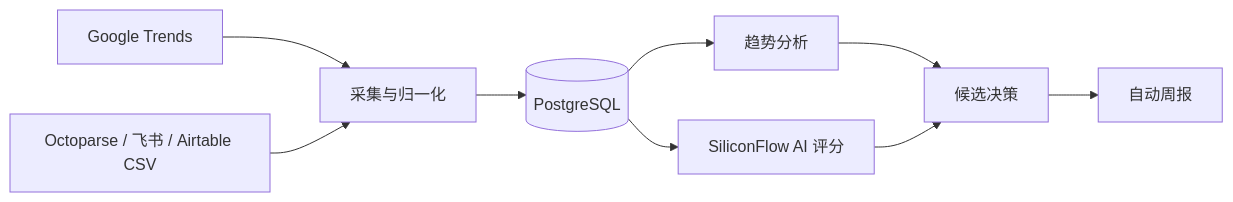
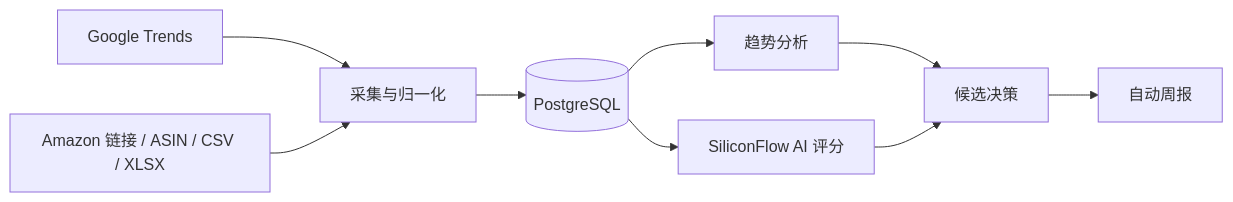
One commit to cyyshtyl-collab/trendpilot-amazon-product-intelligence changed the diagram in README.md. Above: the diagram before and after it, drawn with Mermaid. The commit also changed other lines of this file and 66 other files, not shown here.

````diff
--- a/README.md
+++ b/README.md
@@ -38,11 +38,11 @@
 ```mermaid
 flowchart LR
   A[Google Trends] --> C[采集与归一化]
-  B[Octoparse / 飞书 / Airtable CSV] --> C
+  B[Amazon 链接 / ASIN / CSV / XLSX] --> C
   C --> D[(PostgreSQL)]
   D --> E[趋势分析]
   D --> F[SiliconFlow AI 评分]
   E --> G[候选决策]
   F --> G
   G --> H[自动周报]
 ```
````
